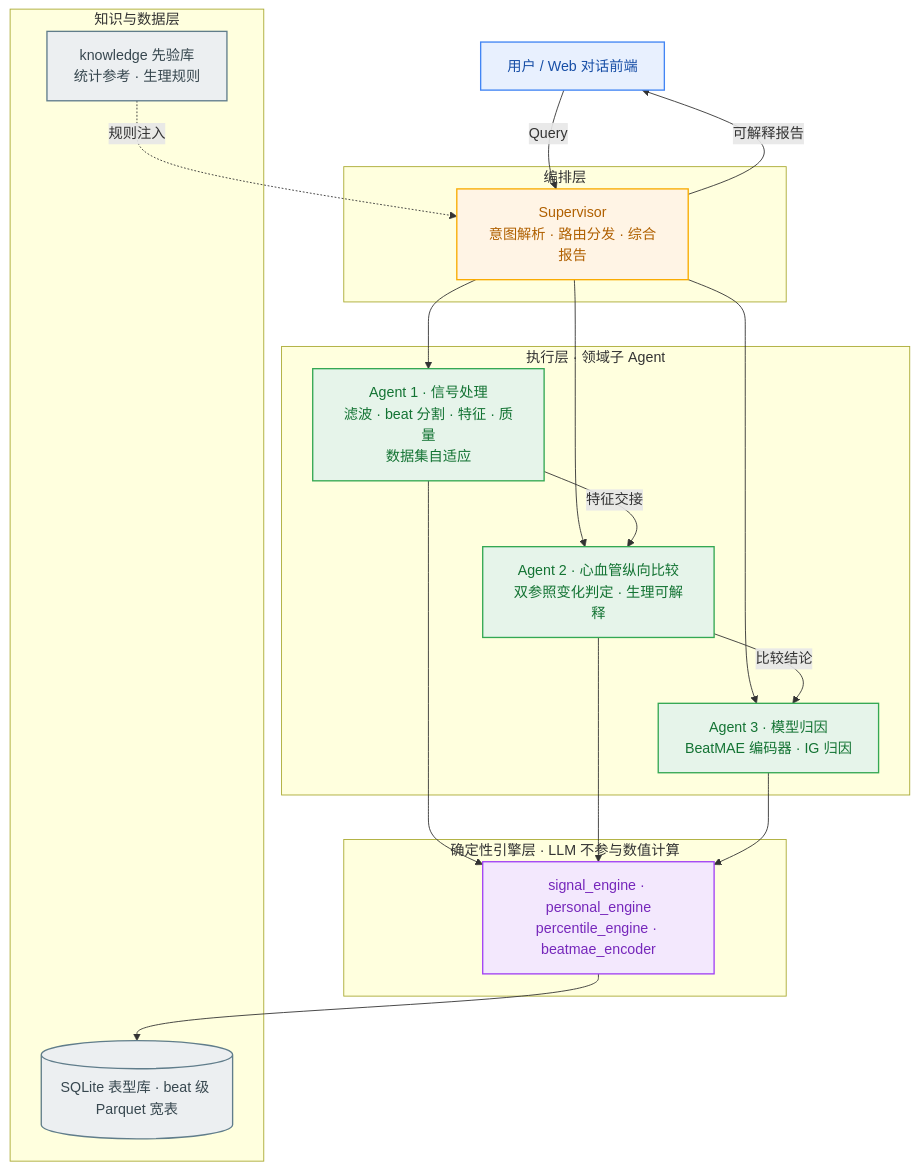
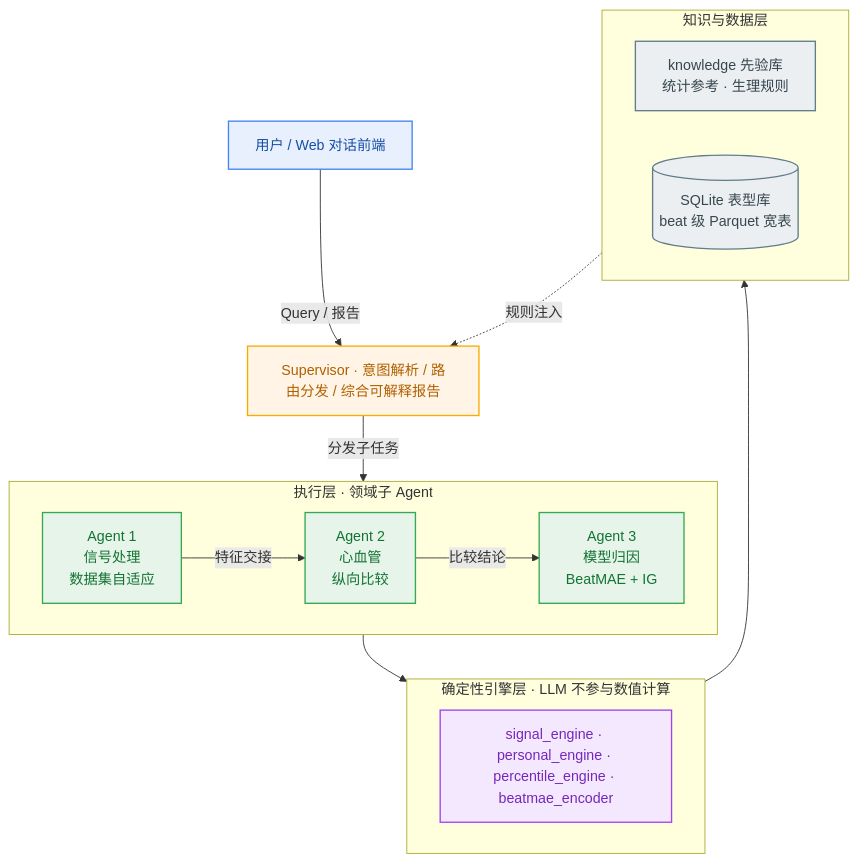
One commit to TangShuaiL/PPG-Agent changed the diagram in README.md. Above: the diagram before and after it, drawn with Mermaid.

Commit message:
docs: 架构图优化

````diff
--- a/README.md
+++ b/README.md
@@ -23,42 +23,36 @@
 ```mermaid
 flowchart TB
     classDef io     fill:#E8F0FE,stroke:#4285F4,stroke-width:1.5px,color:#174EA6;
     classDef sup    fill:#FFF4E5,stroke:#F9AB00,stroke-width:1.5px,color:#B06000;
     classDef agent  fill:#E6F4EA,stroke:#34A853,stroke-width:1.5px,color:#137333;
     classDef engine fill:#F3E8FD,stroke:#A142F4,stroke-width:1.5px,color:#7627BB;
     classDef store  fill:#ECEFF1,stroke:#607D8B,stroke-width:1.5px,color:#37474F;
 
     USER["用户 / Web 对话前端"]:::io
-
-    subgraph L1["编排层"]
-        SUP["Supervisor<br/>意图解析 · 路由分发 · 综合报告"]:::sup
-    end
+    SUP["Supervisor · 意图解析 / 路由分发 / 综合可解释报告"]:::sup
 
     subgraph L2["执行层 · 领域子 Agent"]
-        A1["Agent 1 · 信号处理<br/>滤波 · beat 分割 · 特征 · 质量<br/>数据集自适应"]:::agent
-        A2["Agent 2 · 心血管纵向比较<br/>双参照变化判定 · 生理可解释"]:::agent
-        A3["Agent 3 · 模型归因<br/>BeatMAE 编码器 · IG 归因"]:::agent
+        direction LR
+        A1["Agent 1<br/>信号处理<br/>数据集自适应"]:::agent
+        A2["Agent 2<br/>心血管<br/>纵向比较"]:::agent
+        A3["Agent 3<br/>模型归因<br/>BeatMAE + IG"]:::agent
+        A1 -->|特征交接| A2 -->|比较结论| A3
     end
 
     subgraph L3["确定性引擎层 · LLM 不参与数值计算"]
-        ENG["signal_engine · personal_engine<br/>percentile_engine · beatmae_encoder"]:::engine
+        direction LR
+        ENG["signal_engine · personal_engine · percentile_engine · beatmae_encoder"]:::engine
     end
 
     subgraph L4["知识与数据层"]
+        direction LR
         KNOW["knowledge 先验库<br/>统计参考 · 生理规则"]:::store
-        DB[("SQLite 表型库 · beat 级 Parquet 宽表")]:::store
+        DB[("SQLite 表型库<br/>beat 级 Parquet 宽表")]:::store
     end
 
-    USER -->|Query| SUP
-    SUP --> A1
-    SUP --> A2
-    SUP --> A3
-    A1 -->|特征交接| A2
-    A2 -->|比较结论| A3
-    A1 --> ENG
-    A2 --> ENG
-    A3 --> ENG
+    USER -->|Query / 报告| SUP
+    SUP -->|分发子任务| L2
+    L2 --> ENG
     ENG --> DB
     KNOW -.规则注入.-> SUP
-    SUP -->|可解释报告| USER
 ```
````
